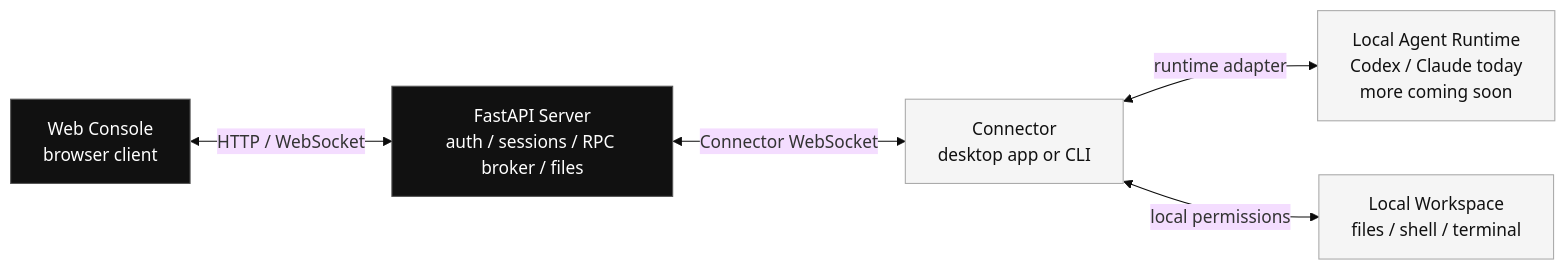
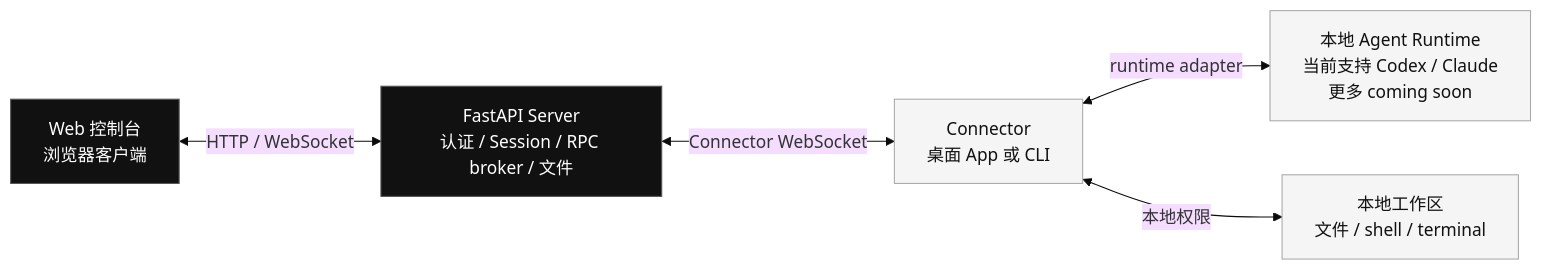
One commit to anywhere-labs/Agents-Anywhere changed the diagram in README.md. Above: the diagram before and after it, drawn with Mermaid (base theme). The commit also changed other lines of this file and 2 other files, not shown here.

````diff
--- a/README.md
+++ b/README.md
@@ -134,18 +134,18 @@
 ```mermaid
 flowchart LR
-    Web["Web Console<br/>browser client"]
-    Server["FastAPI Server<br/>auth / sessions / RPC broker / files"]
-    Connector["Connector<br/>desktop app or CLI"]
-    Runtime["Local Agent Runtime<br/>Codex / Claude today<br/>more coming soon"]
-    Workspace["Local Workspace<br/>files / shell / terminal"]
+    Web["Web 控制台<br/>浏览器客户端"]
+    Server["FastAPI Server<br/>认证 / Session / RPC broker / 文件"]
+    Connector["Connector<br/>桌面 App 或 CLI"]
+    Runtime["本地 Agent Runtime<br/>当前支持 Codex / Claude<br/>更多 coming soon"]
+    Workspace["本地工作区<br/>文件 / shell / terminal"]
 
     Web <-->|HTTP / WebSocket| Server
     Server <-->|Connector WebSocket| Connector
     Connector <-->|runtime adapter| Runtime
-    Connector <-->|local permissions| Workspace
+    Connector <-->|本地权限| Workspace
 
     classDef primary fill:#111,stroke:#555,color:#fff;
     classDef local fill:#f5f5f5,stroke:#aaa,color:#111;
     class Web,Server primary;
     class Connector,Runtime,Workspace local;
 ```
````
